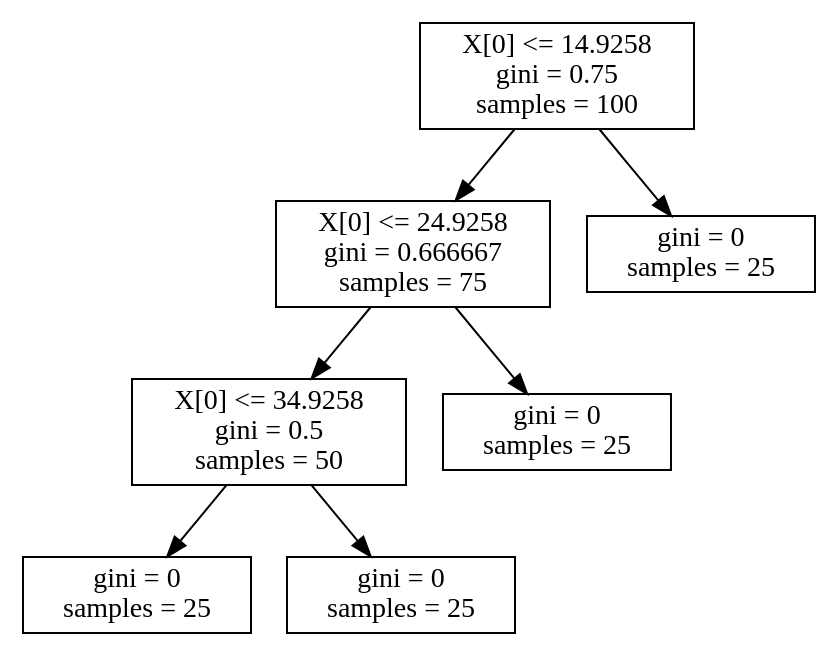
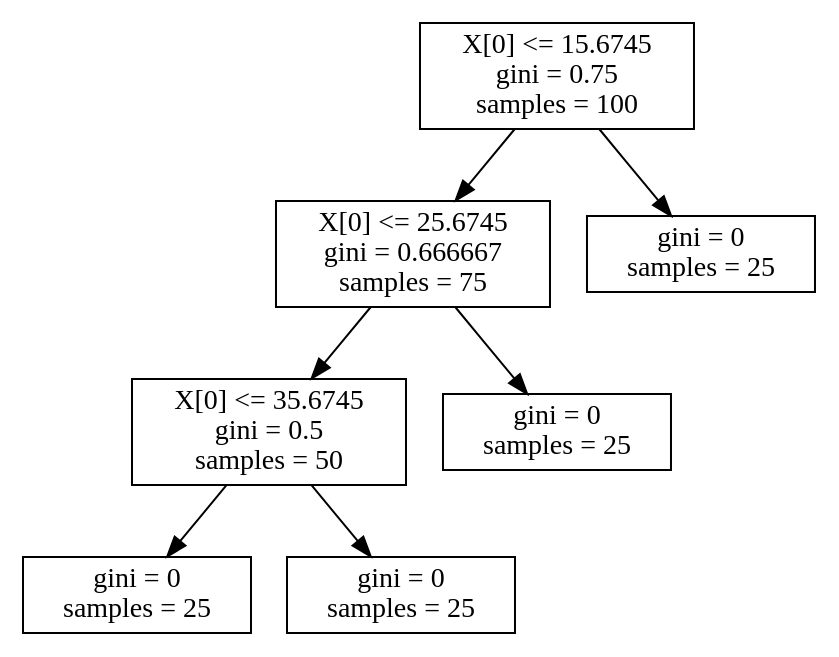
Before and after one commit to alex6792/ImageProcessingLib: the diagram in tree.dot, drawn with Graphviz. The commit also changed 190 other files, not shown here.

```diff
--- a/tree.dot
+++ b/tree.dot
@@ -1,16 +1,16 @@
 digraph Tree {
 node [shape=box]
-0 [label="X[0] <= 14.9258\ngini = 0.75\nsamples = 100\n"] ;
+0 [label="X[0] <= 15.6745\ngini = 0.75\nsamples = 100\n"] ;
 0 -> 1 ;
 0 -> 2 ;
-1 [label="X[0] <= 24.9258\ngini = 0.666667\nsamples = 75\n"] ;
+1 [label="X[0] <= 25.6745\ngini = 0.666667\nsamples = 75\n"] ;
 1 -> 3 ;
 1 -> 4 ;
 2 [label="gini = 0\nsamples = 25\n"] ;
-3 [label="X[0] <= 34.9258\ngini = 0.5\nsamples = 50\n"] ;
+3 [label="X[0] <= 35.6745\ngini = 0.5\nsamples = 50\n"] ;
 3 -> 5 ;
 3 -> 6 ;
 4 [label="gini = 0\nsamples = 25\n"] ;
 5 [label="gini = 0\nsamples = 25\n"] ;
 6 [label="gini = 0\nsamples = 25\n"] ;
 }
```
